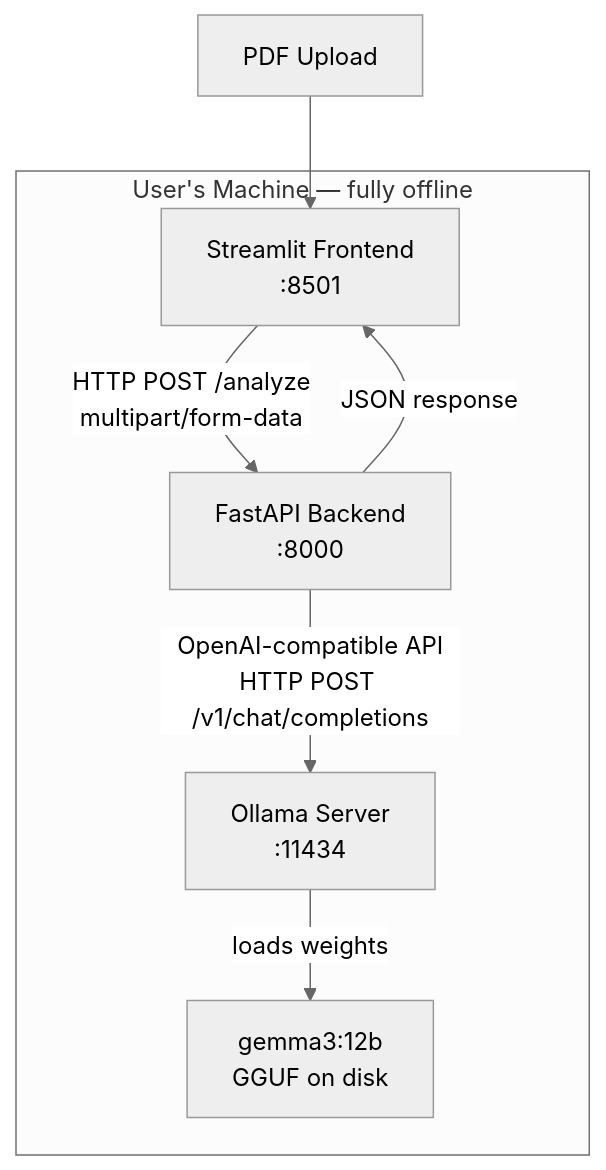
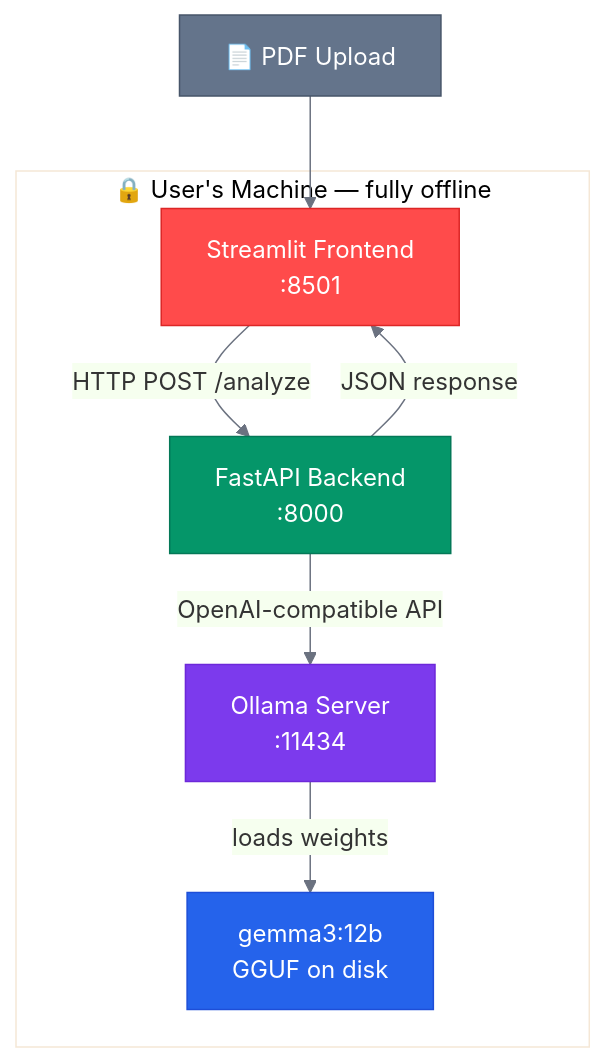
Before and after one commit to ftavafi/PrivateDocAI: the diagram in README.md, drawn with Mermaid.

Commit message:
Add colorful professional Mermaid diagram with branded colors

````diff
--- a/README.md
+++ b/README.md
@@ -54,17 +54,23 @@
 ```mermaid
-%%{init: {'theme': 'neutral'}}%%
+%%{init: {'theme': 'base', 'themeVariables': {'primaryColor': '#EFF6FF', 'primaryBorderColor': '#BFDBFE', 'lineColor': '#6B7280'}}}%%
 graph TD
-    subgraph machine["User's Machine — fully offline"]
-        UI["Streamlit Frontend\n:8501"]
-        API["FastAPI Backend\n:8000"]
-        OLLAMA["Ollama Server\n:11434"]
-        MODEL["gemma3:12b\nGGUF on disk"]
+    classDef frontend fill:#FF4B4B,stroke:#DC2626,color:#FFFFFF
+    classDef backend fill:#059669,stroke:#047857,color:#FFFFFF
+    classDef server fill:#7C3AED,stroke:#6D28D9,color:#FFFFFF
+    classDef model fill:#2563EB,stroke:#1D4ED8,color:#FFFFFF
+    classDef input fill:#64748B,stroke:#475569,color:#FFFFFF
 
-        UI -->|"HTTP POST /analyze\nmultipart/form-data"| API
+    subgraph machine["🔒  User's Machine — fully offline"]
+        UI["Streamlit Frontend\n:8501"]:::frontend
+        API["FastAPI Backend\n:8000"]:::backend
+        OLLAMA["Ollama Server\n:11434"]:::server
+        MODEL["gemma3:12b\nGGUF on disk"]:::model
+
+        UI -->|"HTTP POST /analyze"| API
         API -->|"JSON response"| UI
-        API -->|"OpenAI-compatible API\nHTTP POST /v1/chat/completions"| OLLAMA
+        API -->|"OpenAI-compatible API"| OLLAMA
         OLLAMA -->|"loads weights"| MODEL
     end
 
-    PDF["PDF Upload"] --> UI
+    PDF["📄 PDF Upload"]:::input --> UI
 ```
````
